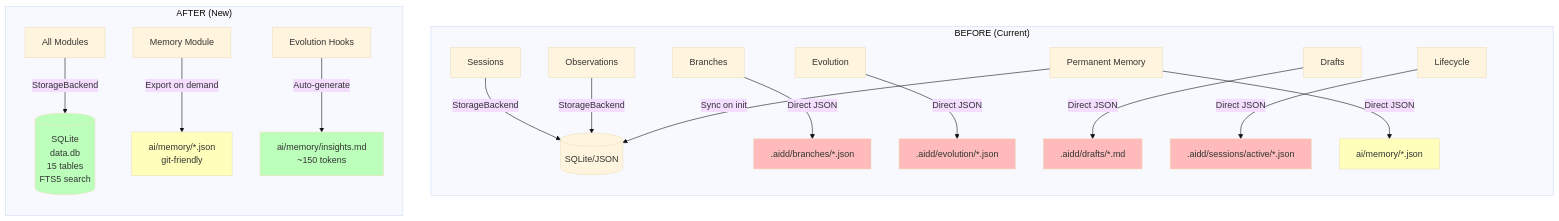
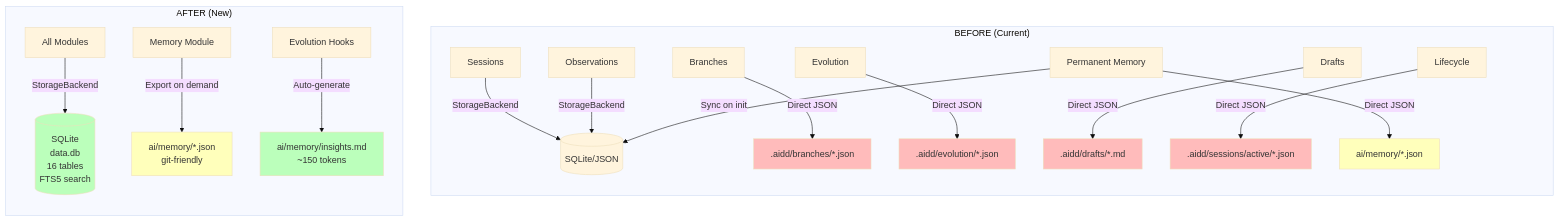
One commit to DerianAndre/aidd.md changed the eighth of 8 diagrams in docs/diagram.md. Above: the diagram before and after it, drawn with Mermaid (base theme). The commit also changed 16 other files, not shown here.

````diff
--- a/docs/diagram.md
+++ b/docs/diagram.md
@@ -501,30 +501,30 @@
 ```mermaid
 graph TB
     subgraph "BEFORE (Current)"
         direction TB
         B_SES[Sessions] -->|StorageBackend| B_DB[(SQLite/JSON)]
         B_OBS[Observations] -->|StorageBackend| B_DB
         B_BR[Branches] -->|Direct JSON| B_J1[.aidd/branches/*.json]
         B_EVO[Evolution] -->|Direct JSON| B_J2[.aidd/evolution/*.json]
         B_DRA[Drafts] -->|Direct JSON| B_J3[.aidd/drafts/*.md]
         B_LIF[Lifecycle] -->|Direct JSON| B_J4[.aidd/sessions/active/*.json]
         B_MEM[Permanent Memory] -->|Direct JSON| B_J5[ai/memory/*.json]
         B_MEM -->|Sync on init| B_DB
     end
 
     subgraph "AFTER (New)"
         direction TB
-        A_ALL[All Modules] -->|StorageBackend| A_DB[(SQLite<br/>data.db<br/>15 tables<br/>FTS5 search)]
+        A_ALL[All Modules] -->|StorageBackend| A_DB[(SQLite<br/>data.db<br/>16 tables<br/>FTS5 search)]
         A_MEM[Memory Module] -->|Export on demand| A_JSON[ai/memory/*.json<br/>git-friendly]
         A_EVO[Evolution Hooks] -->|Auto-generate| A_INS[ai/memory/insights.md<br/>~150 tokens]
     end
 
     style B_J1 fill:#fbb
     style B_J2 fill:#fbb
     style B_J3 fill:#fbb
     style B_J4 fill:#fbb
     style B_J5 fill:#ffb
     style A_DB fill:#bfb
     style A_INS fill:#bfb
     style A_JSON fill:#ffb
 ```
````
